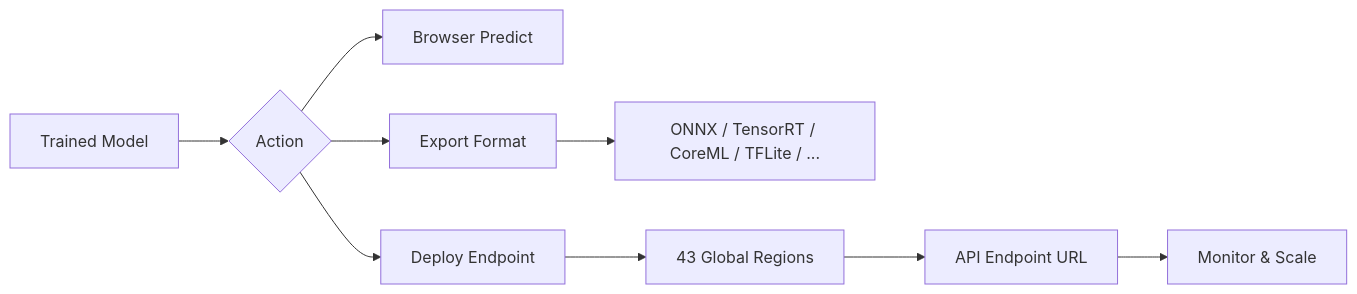
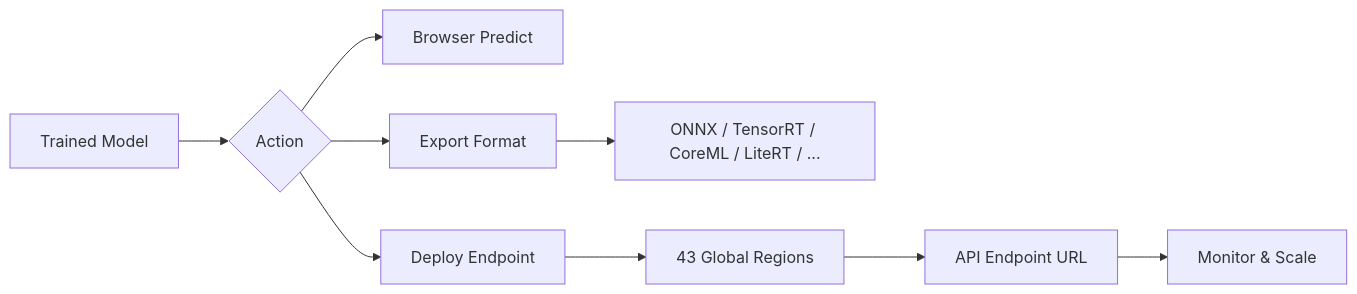
The third of 3 diagrams in docs/en/platform/index.md (ultralytics/ultralytics), drawn with Mermaid before and after one commit. The commit also changed other lines of this file and 38 other files, not shown here.

Commit message:
Add unified LiteRT integration docs, remove legacy tflite/tfjs pages

````diff
--- a/docs/en/platform/index.md
+++ b/docs/en/platform/index.md
@@ -164,11 +164,11 @@
 ```mermaid
 graph LR
     A[Trained Model] --> B{Action}
     B --> C[Browser Predict]
     B --> D[Export Format]
     B --> E[Deploy Endpoint]
-    D --> F[ONNX / TensorRT / CoreML / TFLite / ...]
+    D --> F[ONNX / TensorRT / CoreML / LiteRT / ...]
     E --> G[43 Global Regions]
     G --> H[API Endpoint URL]
     H --> I[Monitor & Scale]
 ```
````
